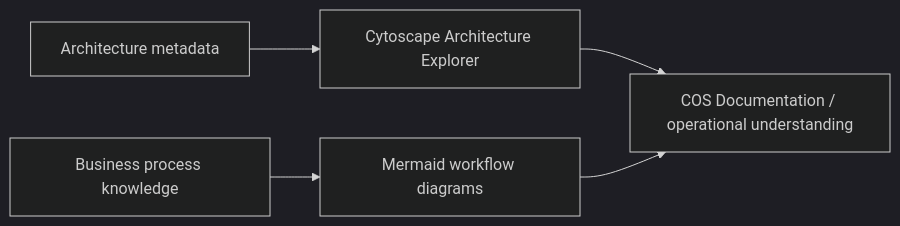
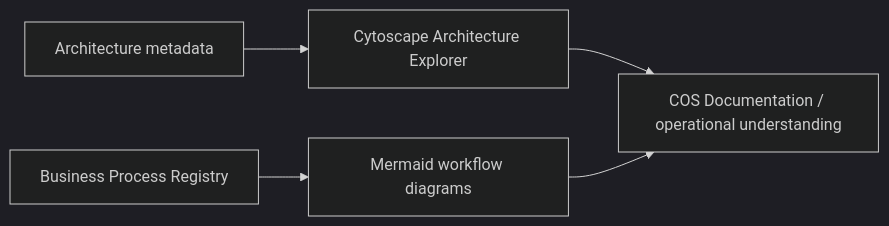
Before and after one commit to Murakhovsky/TerraNova2026: the fourth of 4 diagrams in docs/02-workflows/business-process-modeling.md, drawn with Mermaid (dark theme). The commit also changed other lines of this file and 10 other files, not shown here.

First line of the commit message:
DOC V0.11 — Business Process Registry

````diff
--- a/docs/02-workflows/business-process-modeling.md
+++ b/docs/02-workflows/business-process-modeling.md
@@ -92,7 +125,7 @@
 ```mermaid
 flowchart LR
     A[Architecture metadata] --> B[Cytoscape Architecture Explorer]
-    C[Business process knowledge] --> D[Mermaid workflow diagrams]
+    C[Business Process Registry] --> D[Mermaid workflow diagrams]
     B --> E[COS Documentation / operational understanding]
     D --> E
 ```
````
